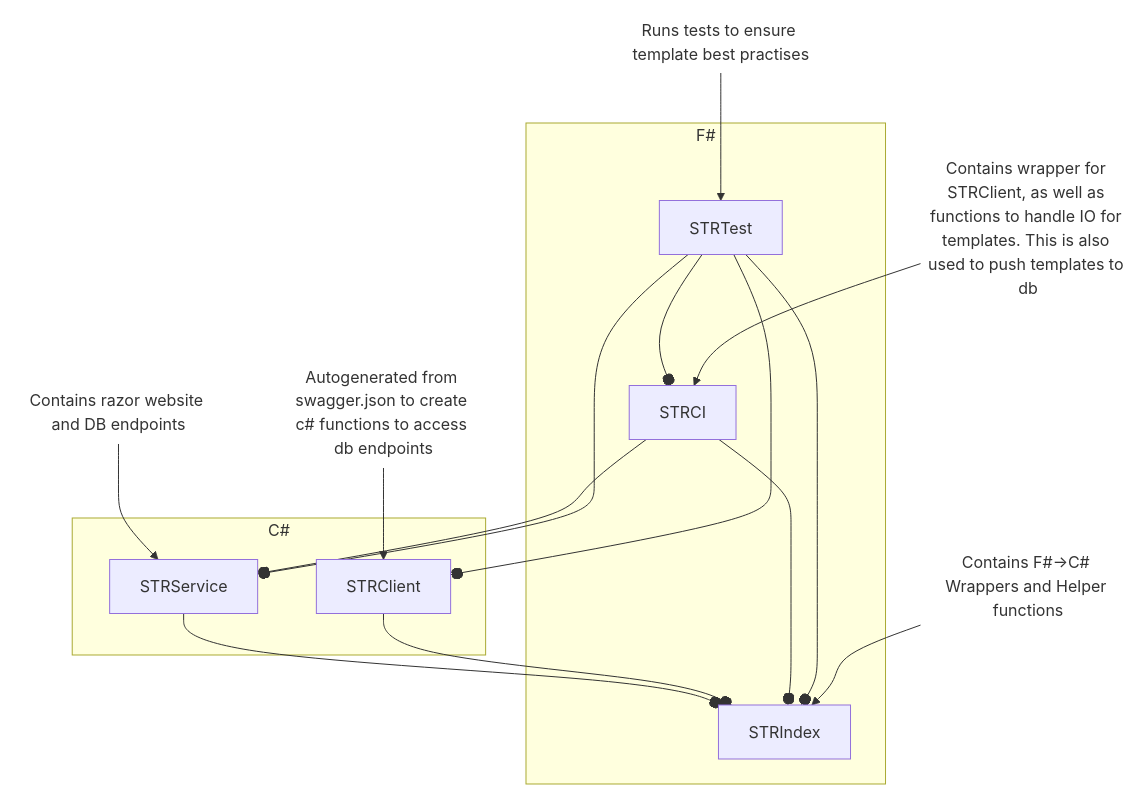
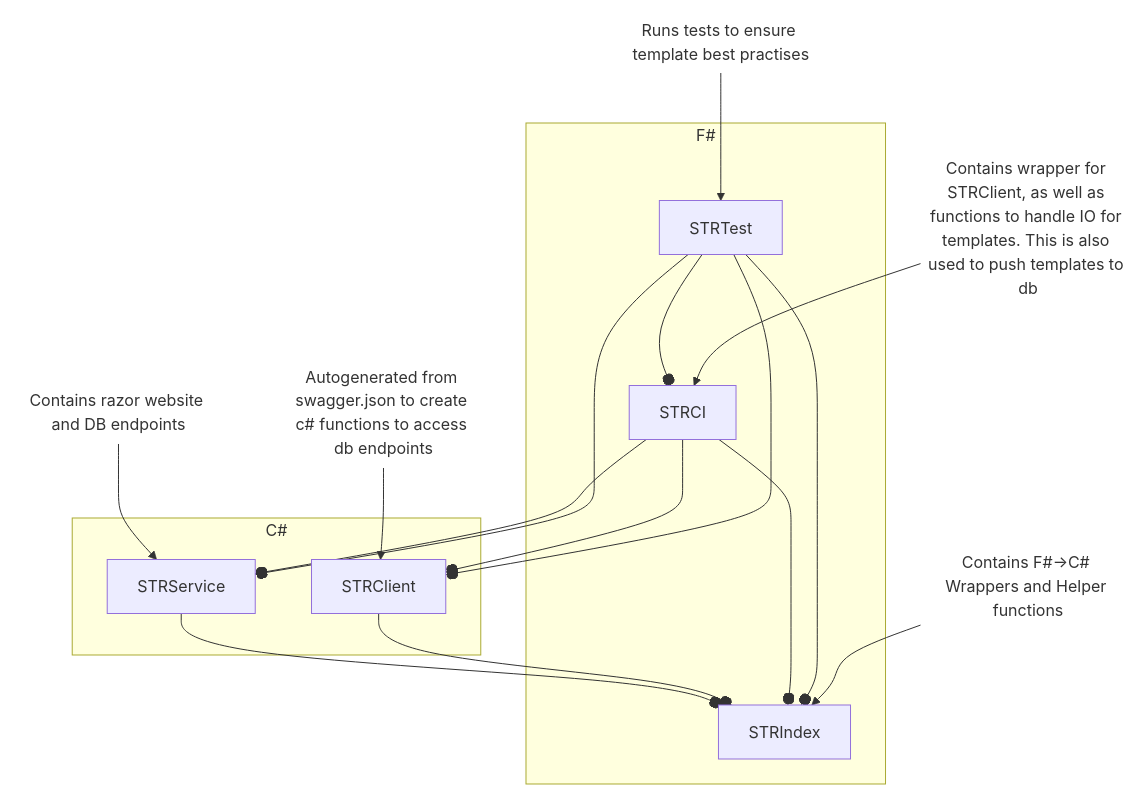
Before and after one commit to nfdi4plants/Swate-templates: the diagram in src/README.md, drawn with Mermaid. The commit also changed 7 other files, not shown here.

Commit message:
Replaced STRApplication with STRCI and deleted old STRCI Updated Mermaid to represent new connections

````diff
--- a/src/README.md
+++ b/src/README.md
@@ -1,32 +1,32 @@
 ```mermaid
 flowchart TD
  subgraph s1["F#"]
         n2["STRIndex"]
         n4["STRCI"]
         n6["STRTest"]
   end
  subgraph s2["C#"]
         n1["STRClient"]
         n5["STRService"]
   end
     n5 --o n2
     n1 --o n2
-    n4 --o n2 & n5
+    n4 --o n2 & n5 & n1
     n6 --o n4 & n5 & n2 & n1
     n7["Contains F#-&gt;C# Wrappers and Helper functions"] --> n2
     n8["Contains wrapper for STRClient, as well as functions to handle IO for templates. This is also used to push templates to db"] --> n4
     n9["Contains razor website and DB endpoints"] --> n5
     n10["Autogenerated from swagger.json to create c# functions to access db endpoints"] --> n1
     n11["Runs tests to ensure template best practises"] --> n6
 
     n2@{ shape: rect}
     n4@{ shape: rect}
     n6@{ shape: rect}
     n1@{ shape: rect}
     n5@{ shape: rect}
     n7@{ shape: text}
     n8@{ shape: text}
     n9@{ shape: text}
     n10@{ shape: text}
     n11@{ shape: text}
 ```
````
